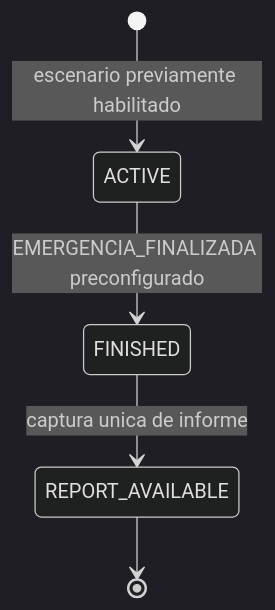
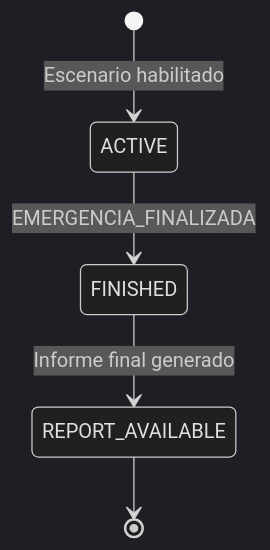
Before and after one commit to EderPanta18/alivia-humanitarian-system-design: the fourth of 4 diagrams in docs/05-analisis/02-estados-transiciones.md, drawn with Mermaid (dark theme). The commit also changed other lines of this file and 44 other files, not shown here.

````diff
--- a/docs/05-analisis/02-estados-transiciones.md
+++ b/docs/05-analisis/02-estados-transiciones.md
@@ -53,7 +70,7 @@
 ```mermaid
 stateDiagram-v2
- [*] --> ACTIVE : escenario previamente habilitado
- ACTIVE --> FINISHED : EMERGENCIA_FINALIZADA preconfigurado
- FINISHED --> REPORT_AVAILABLE : captura unica de informe
- REPORT_AVAILABLE --> [*]
+    [*] --> ACTIVE : Escenario habilitado
+    ACTIVE --> FINISHED : EMERGENCIA_FINALIZADA
+    FINISHED --> REPORT_AVAILABLE : Informe final generado
+    REPORT_AVAILABLE --> [*]
 ```
````
